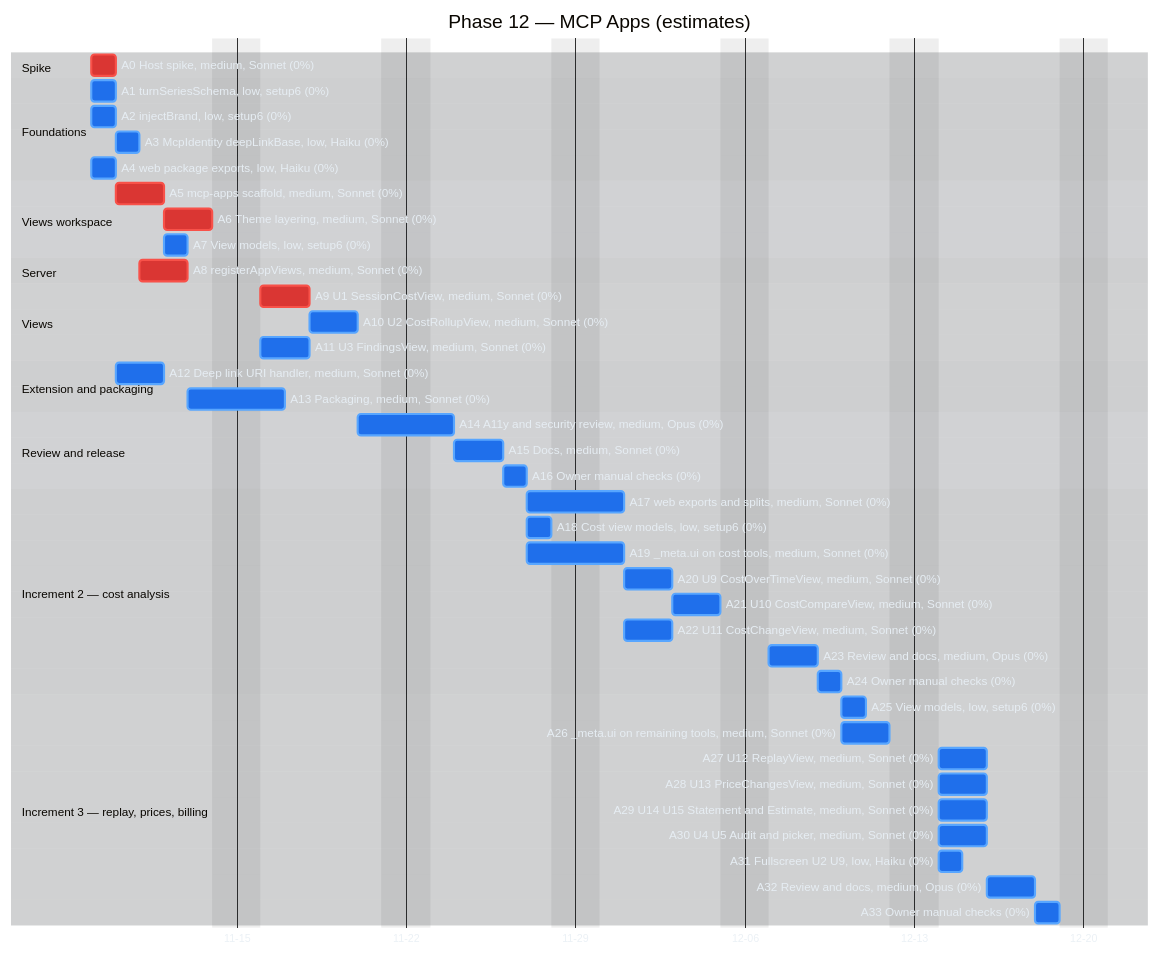
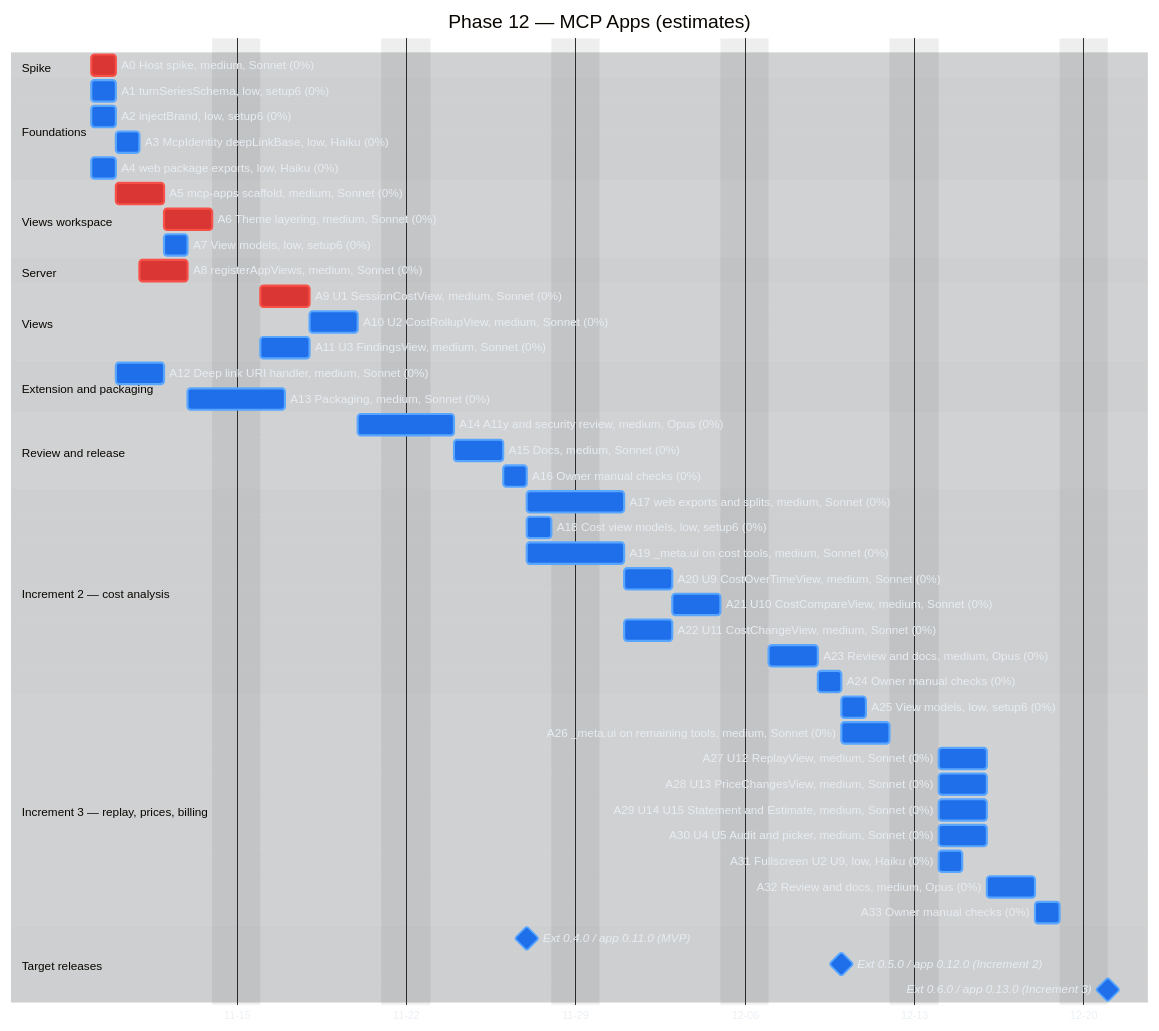
The second of 3 diagrams in docs/implementation-plan-gantt.md (raulkivi/agent-cost-analyzer), drawn with Mermaid before and after one commit. The commit also changed other lines of this file and 2 other files, not shown here.

Commit message:
docs: target release versions for Phase 12 MCP Apps
MVP in extension 0.4.0 / app 0.11.0, Increment 2 in 0.5.0 / 0.12.0,
Increment 3 in 0.6.0 / 0.13.0, assuming the unreleased Phase 14/15 work
ships first. Add the milestones to the Phase 12 Gantt chart.

Claude-Session: https://claude.ai/code/session_01PVQRZYo1RY71mogK2GLGNu

````diff
--- a/docs/implementation-plan-gantt.md
+++ b/docs/implementation-plan-gantt.md
@@ -195,4 +196,9 @@
     A31 Fullscreen U2 U9, low, Haiku (0%)        :a31, after a26, 1d
     A32 Review and docs, medium, Opus (0%)       :a32, after a27 a28 a29 a30 a31, 2d
     A33 Owner manual checks (0%)                 :a33, after a32, 1d
+
+    section Target releases
+    Ext 0.4.0 / app 0.11.0 (MVP) :milestone, m12a, after a16, 0d
+    Ext 0.5.0 / app 0.12.0 (Increment 2) :milestone, m12b, after a24, 0d
+    Ext 0.6.0 / app 0.13.0 (Increment 3) :milestone, m12c, after a33, 0d
 ```
````
